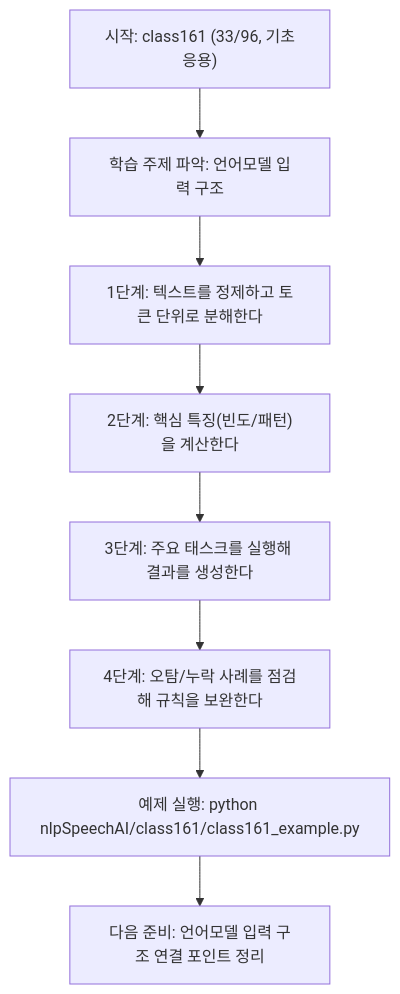
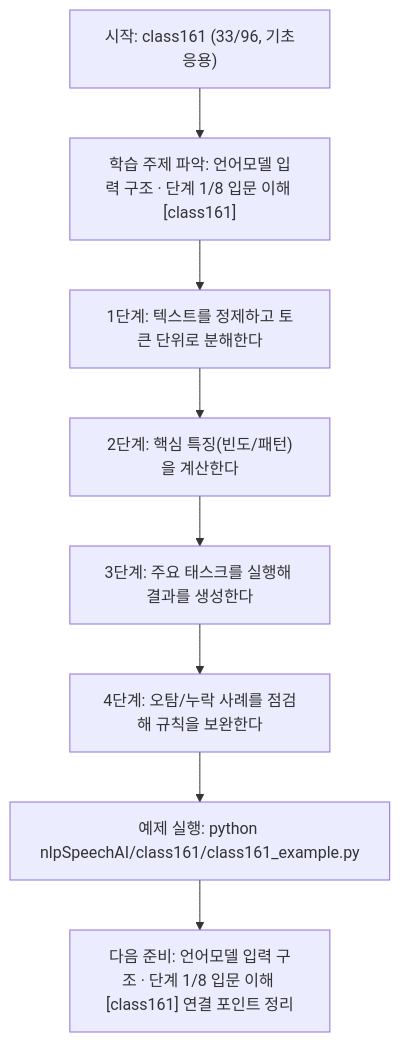
The diagram in nlpSpeechAI/class161/class161.md (edumgt/Python-AI_Agent-Class), drawn with Mermaid before and after one commit. The commit also changed other lines of this file and 522 other files, not shown here.

````diff
--- a/nlpSpeechAI/class161/class161.md
+++ b/nlpSpeechAI/class161/class161.md
@@ -113,18 +114,18 @@
 ```mermaid
 flowchart TD
 N1["시작: class161 (33/96, 기초응용)"]
-N2["학습 주제 파악: 언어모델 입력 구조"]
+N2["학습 주제 파악: 언어모델 입력 구조 · 단계 1/8 입문 이해 [class161]"]
 N3["1단계: 텍스트를 정제하고 토큰 단위로 분해한다"]
 N4["2단계: 핵심 특징(빈도/패턴)을 계산한다"]
 N5["3단계: 주요 태스크를 실행해 결과를 생성한다"]
 N6["4단계: 오탐/누락 사례를 점검해 규칙을 보완한다"]
 N7["예제 실행: python nlpSpeechAI/class161/class161_example.py"]
-N8["다음 준비: 언어모델 입력 구조 연결 포인트 정리"]
+N8["다음 준비: 언어모델 입력 구조 · 단계 1/8 입문 이해 [class161] 연결 포인트 정리"]
 N1 --> N2
 N2 --> N3
 N3 --> N4
 N4 --> N5
 N5 --> N6
 N6 --> N7
 N7 --> N8
 ```
````
